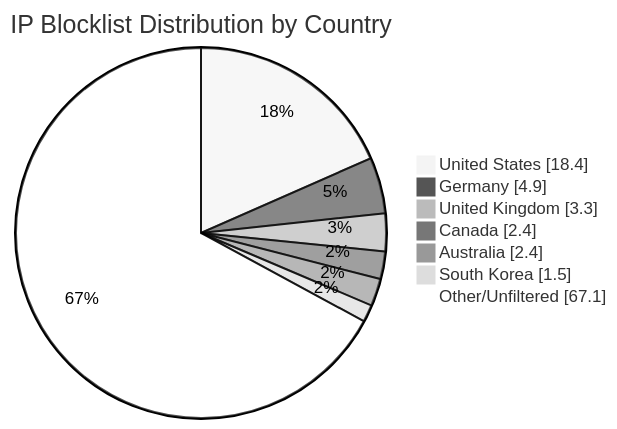
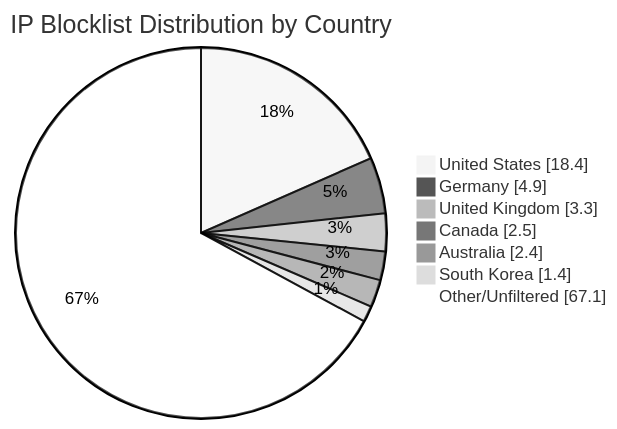
The diagram in README.md (MarcusHoltz/ipblocklist-geofiltered-aggregator), drawn with Mermaid (neutral theme) before and after one commit. The commit also changed other lines of this file and 9 other files, not shown here.

````diff
--- a/README.md
+++ b/README.md
@@ -34,10 +34,10 @@
 ```mermaid
 pie showData title IP Blocklist Distribution by Country
 "United States" : 18.4
 "Germany" : 4.9
 "United Kingdom" : 3.3
-"Canada" : 2.4
+"Canada" : 2.5
 "Australia" : 2.4
-"South Korea" : 1.5
+"South Korea" : 1.4
 "Other/Unfiltered" : 67.1
 ```
````
